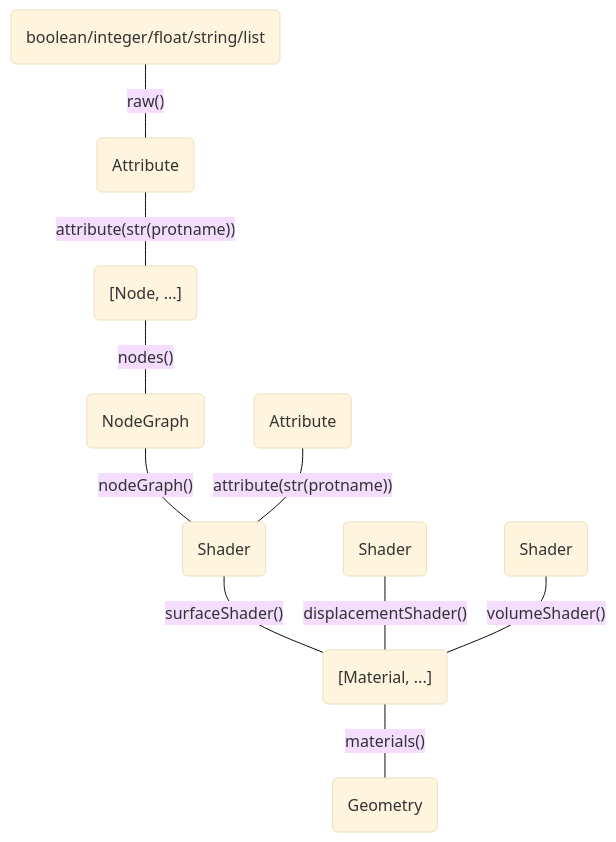
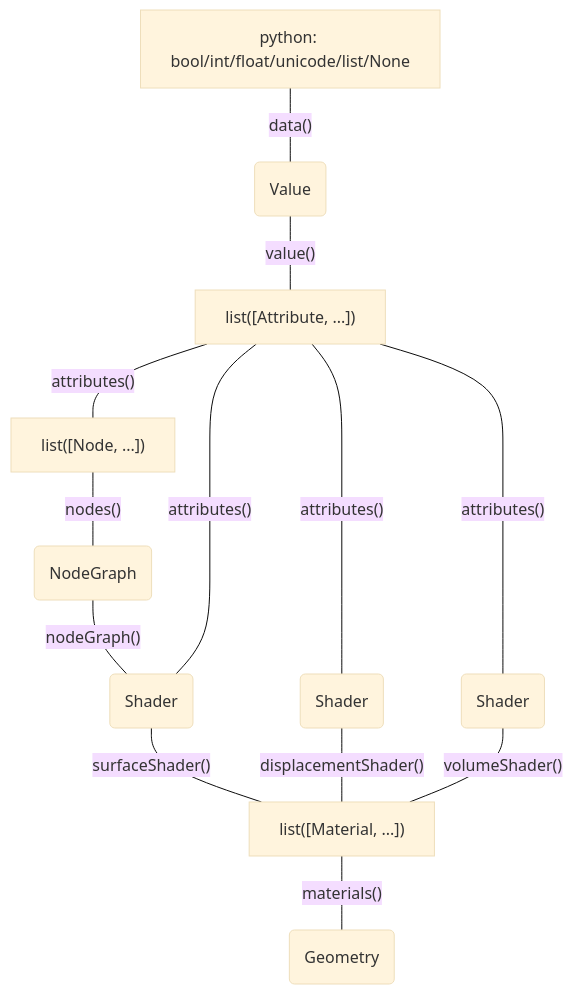
Before and after one commit to no7hings/Lynxi: the third of 3 diagrams in workspace/module/windows-python-2.7.x/.doc/readme.md, drawn with Mermaid (base theme). The commit also changed 80 other files, not shown here.

````diff
--- a/workspace/module/windows-python-2.7.x/.doc/readme.md
+++ b/workspace/module/windows-python-2.7.x/.doc/readme.md
@@ -140,22 +140,26 @@
 ```mermaid
 
 graph TB
 
-meterial_0("[Material, ...]") ---|"materials()"| geometry("Geometry")
+meterial_0["list([Material, ...])"] ---|"materials()"| geometry("Geometry")
 
 surface_shader_0("Shader") ---|"surfaceShader()"| meterial_0
 
 displacement_shader_0("Shader") ---|"displacementShader()"| meterial_0
 
 volume_shader_0("Shader") ---|"volumeShader()"| meterial_0
 
 node_graph_0("NodeGraph") ---|"nodeGraph()"| surface_shader_0
 
-node_0("[Node, ...]") ---|"nodes()"| node_graph_0
+node_0["list([Node, ...])"] ---|"nodes()"| node_graph_0
 
-attribute_0("Attribute") ---|"attribute(str(protname))"| node_0
+attribute_0["list([Attribute, ...])"] ---|"attributes()"| node_0
 
-raw_0("boolean/integer/float/string/list") ---|"raw()"| attribute_0
+value_0("Value") ---|"value()"| attribute_0
 
-attribute_1("Attribute") ---|"attribute(str(protname))"| surface_shader_0
+attribute_0 ---|"attributes()"| surface_shader_0
+attribute_0 ---|"attributes()"| displacement_shader_0
+attribute_0 ---|"attributes()"| volume_shader_0
+
+data_0["python: bool/int/float/unicode/list/None"] ---|"data()"| value_0
 ```
````
